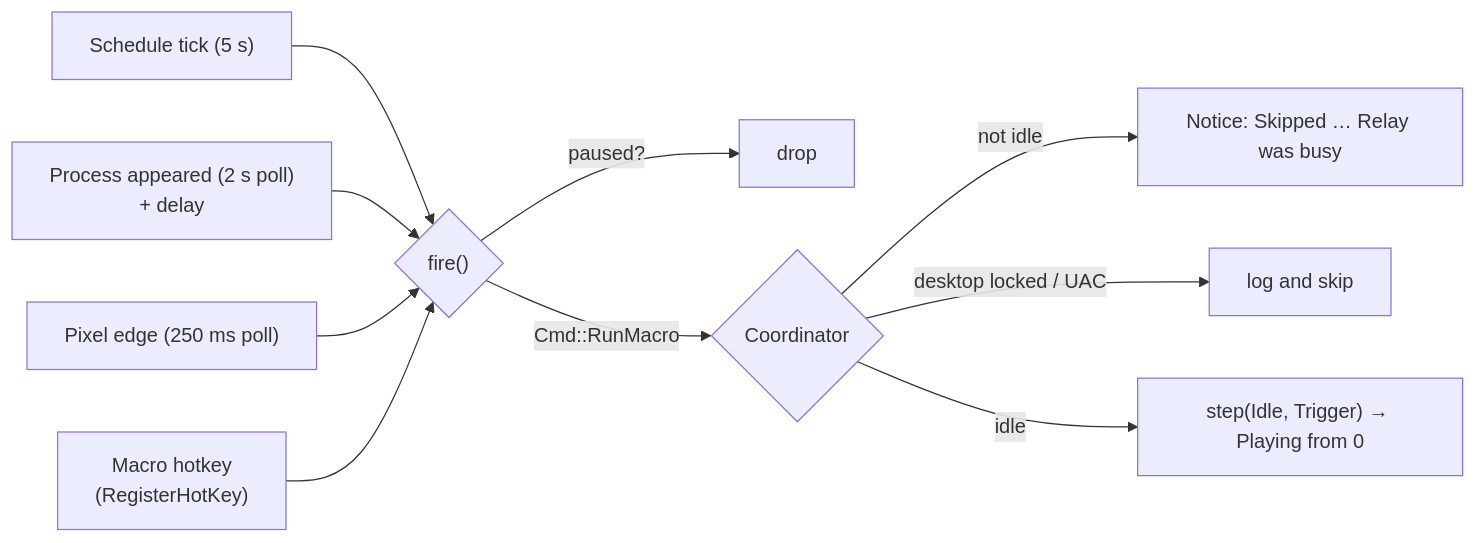
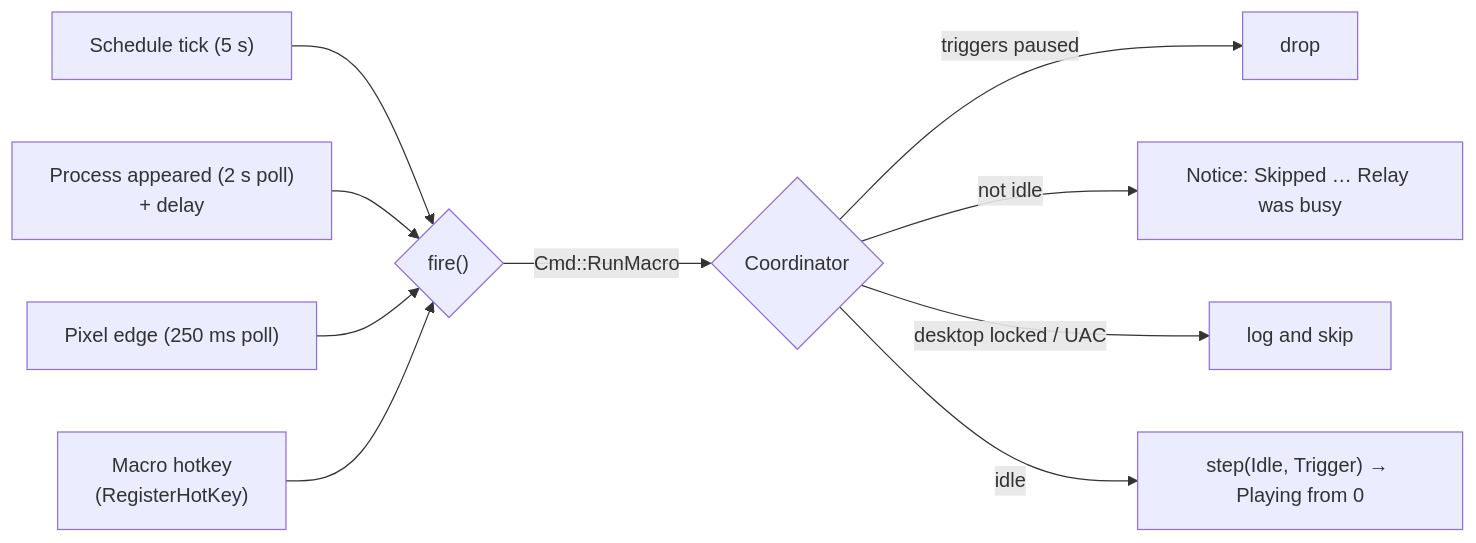
Before and after one commit to HappyRave/Relay: the fifth of 5 diagrams in docs/engineering/architecture.md, drawn with Mermaid. The commit also changed other lines of this file and 8 other files, not shown here.

Commit message:
docs: the refactored architecture (hotkeys on the main thread, playback generations, hook press tracking, async-result guards, and more)

````diff
--- a/docs/engineering/architecture.md
+++ b/docs/engineering/architecture.md
@@ -171,12 +173,12 @@
 ```mermaid
 flowchart LR
     S["Schedule tick (5 s)"] --> F{"fire()"}
     A["Process appeared (2 s poll)<br/>+ delay"] --> F
     X["Pixel edge (250 ms poll)"] --> F
     K["Macro hotkey<br/>(RegisterHotKey)"] --> F
-    F -- "paused?" --> N1["drop"]
     F -- "Cmd::RunMacro" --> C{"Coordinator"}
+    C -- "triggers paused" --> N1["drop"]
     C -- "not idle" --> N2["Notice: Skipped … Relay was busy"]
     C -- "desktop locked / UAC" --> N3["log and skip"]
     C -- "idle" --> P["step(Idle, Trigger) → Playing from 0"]
 ```
````
